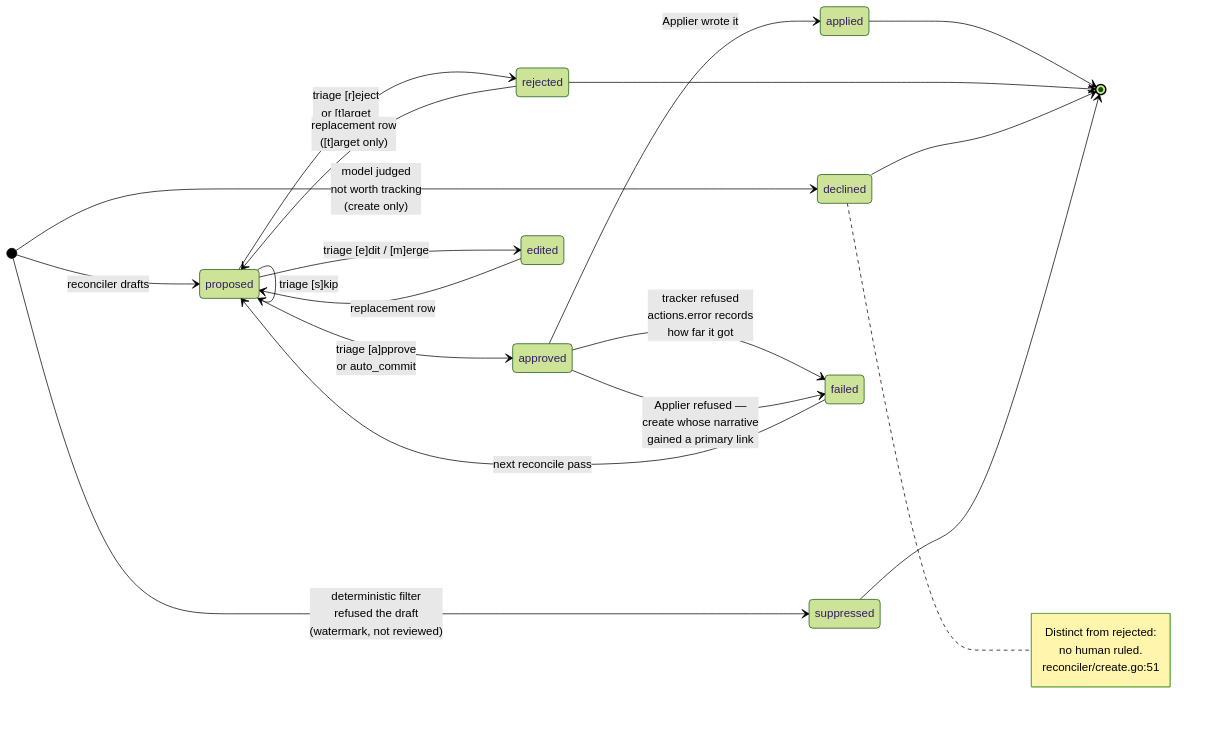
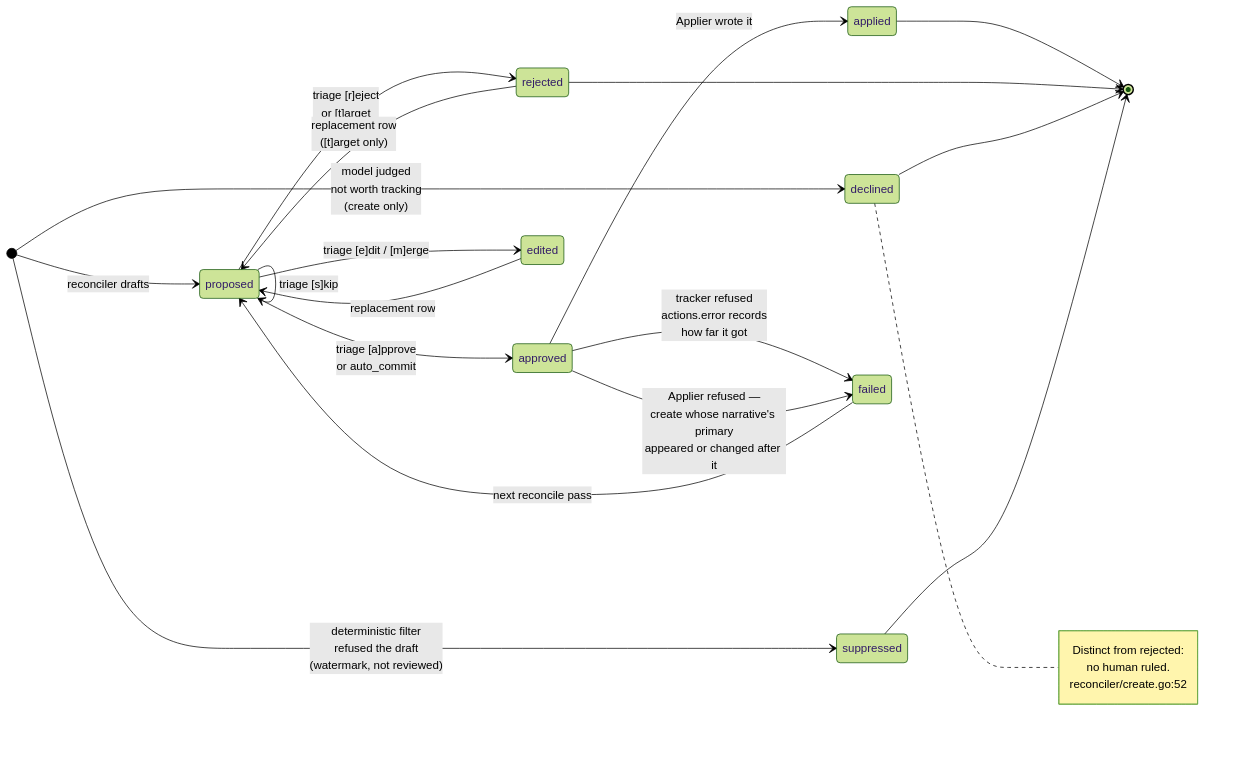
The third of 4 diagrams in docs/architecture.md (jcogilvie/unjira), drawn with Mermaid (forest theme) before and after one commit. The commit also changed other lines of this file and 26 other files, not shown here.

````diff
--- a/docs/architecture.md
+++ b/docs/architecture.md
@@ -336,36 +351,36 @@
 ```mermaid
 ---
 config:
   nodeSpacing: 110
   rankSpacing: 140
 ---
 stateDiagram-v2
     direction LR
     [*] --> proposed: reconciler drafts
     [*] --> declined: model judged<br/>not worth tracking<br/>(create only)
     [*] --> suppressed: deterministic filter<br/>refused the draft<br/>(watermark, not reviewed)
 
     proposed --> approved: triage [a]pprove<br/>or auto_commit
     proposed --> rejected: triage [r]eject<br/>or [t]arget
     proposed --> edited: triage [e]dit / [m]erge
     proposed --> proposed: triage [s]kip
 
     approved --> applied: Applier wrote it
     approved --> failed: tracker refused<br/>actions.error records<br/>how far it got
-    approved --> failed: Applier refused —<br/>create whose narrative<br/>gained a primary link
+    approved --> failed: Applier refused —<br/>create whose narrative's primary<br/>appeared or changed after it
 
     failed --> proposed: next reconcile pass
     edited --> proposed: replacement row
     rejected --> proposed: replacement row<br/>([t]arget only)
 
     applied --> [*]
     rejected --> [*]
     declined --> [*]
     suppressed --> [*]
 
     note right of declined
         Distinct from rejected:
         no human ruled.
-        reconciler/create.go:51
+        reconciler/create.go:52
     end note
 ```
````
